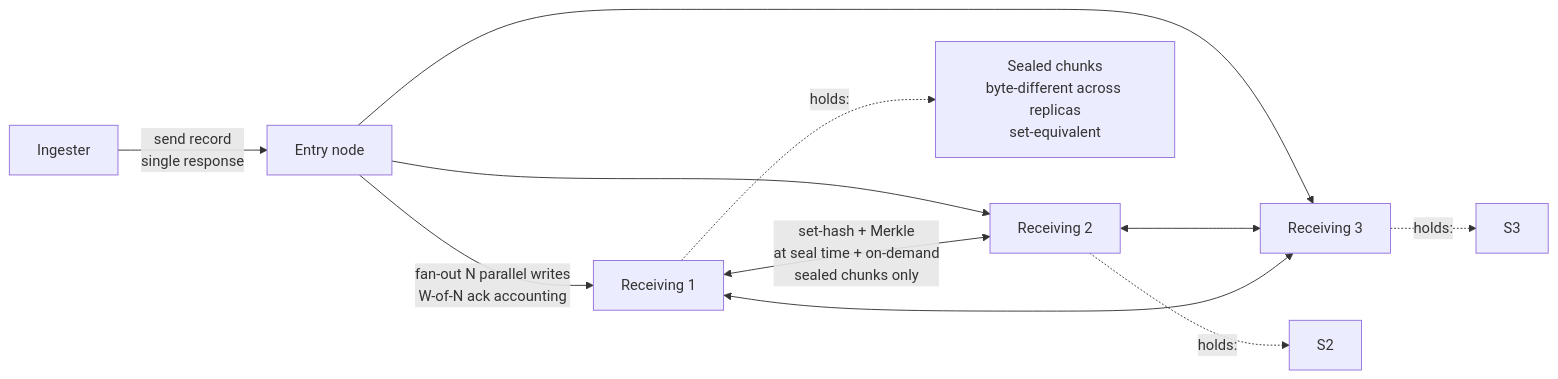
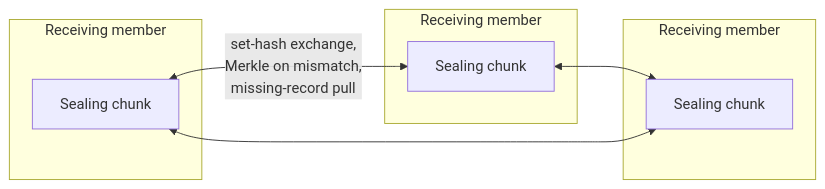
Before and after one commit to kluzzebass/gastrolog: the second of 2 diagrams in docs/fan-out-data-plane-design.md, drawn with Mermaid. The commit also changed other lines of this file and 1 other file, not shown here.

````diff
--- a/docs/fan-out-data-plane-design.md
+++ b/docs/fan-out-data-plane-design.md
@@ -27,13 +65,16 @@
 ```mermaid
 flowchart LR
-    I[Ingester] -->|send record<br/>single response| E[Entry node]
-    E -->|fan-out N parallel writes<br/>W-of-N ack accounting| R1[Receiving 1]
-    E --> R2[Receiving 2]
-    E --> R3[Receiving 3]
-    R1 <-->|set-hash + Merkle<br/>at seal time + on-demand<br/>sealed chunks only| R2
-    R2 <--> R3
-    R1 <--> R3
-    R1 -.holds:.-> S1[Sealed chunks<br/>byte-different across replicas<br/>set-equivalent]
-    R2 -.holds:.-> S2
-    R3 -.holds:.-> S3
+    subgraph N1 [Receiving member]
+        S1[Sealing chunk]
+    end
+    subgraph N2 [Receiving member]
+        S2[Sealing chunk]
+    end
+    subgraph N3 [Receiving member]
+        S3[Sealing chunk]
+    end
+
+    S1 <-->|set-hash exchange,<br/>Merkle on mismatch,<br/>missing-record pull| S2
+    S2 <--> S3
+    S1 <--> S3
 ```
````
